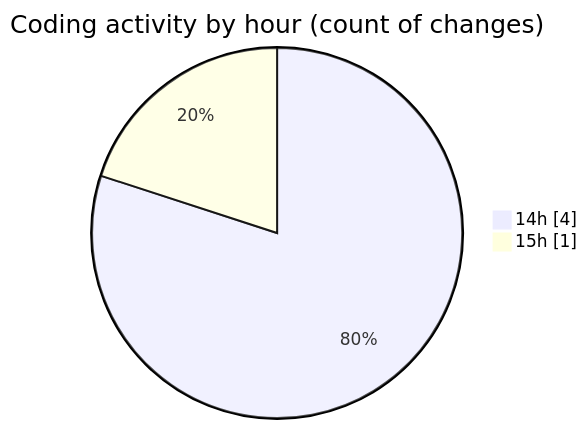
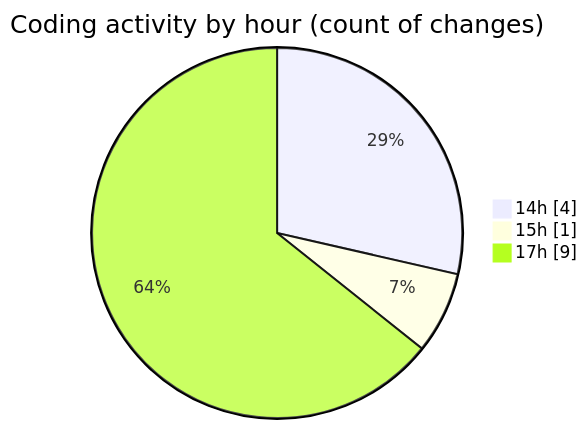
The second of 2 diagrams in 2026-07-08/wp-content/README.md (debugP/code-tracking), drawn with Mermaid before and after one commit. The commit also changed other lines of this file and 1 other file, not shown here.

````diff
--- a/2026-07-08/wp-content/README.md
+++ b/2026-07-08/wp-content/README.md
@@ -28,6 +31,7 @@
 ```mermaid
 pie showData
 title Coding activity by hour (count of changes)
 "14h" : 4
 "15h" : 1
+"17h" : 9
 ```
````
